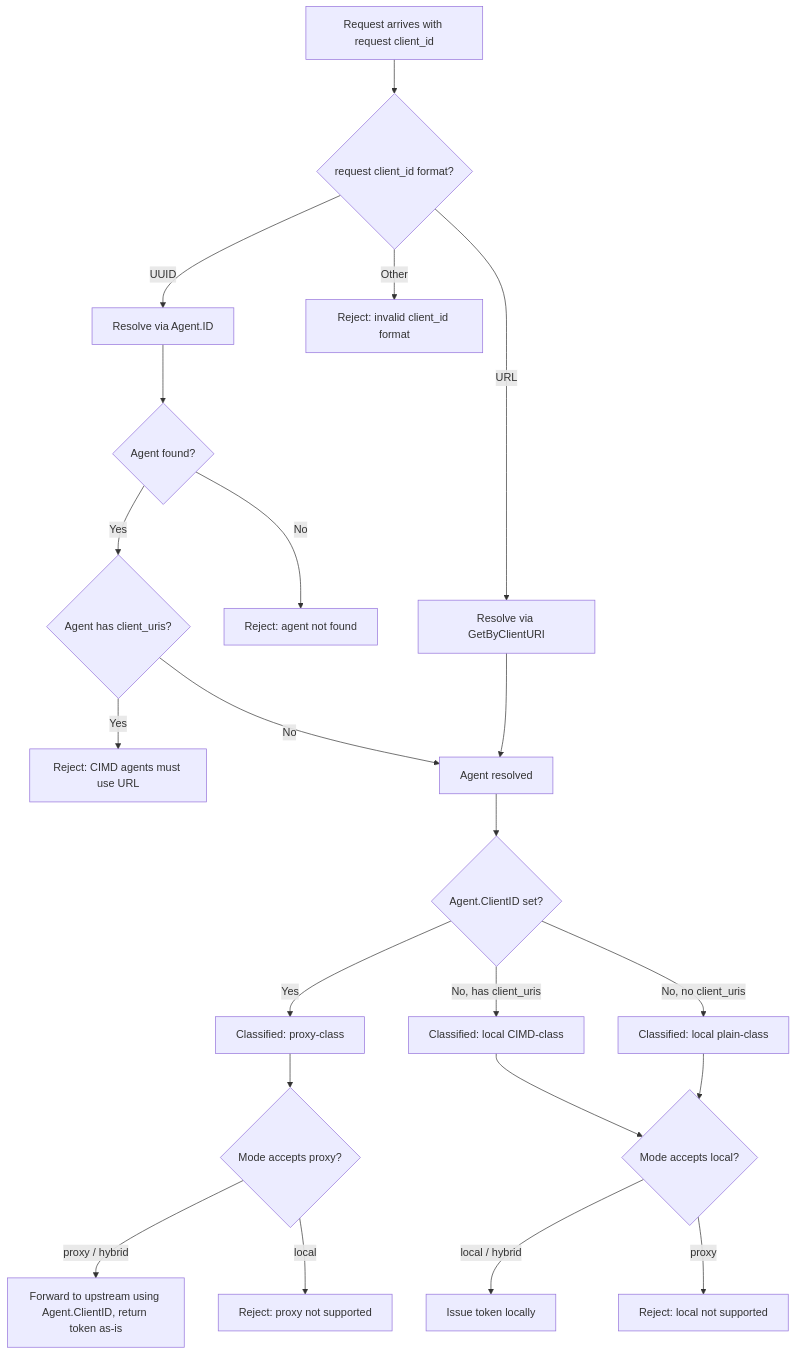
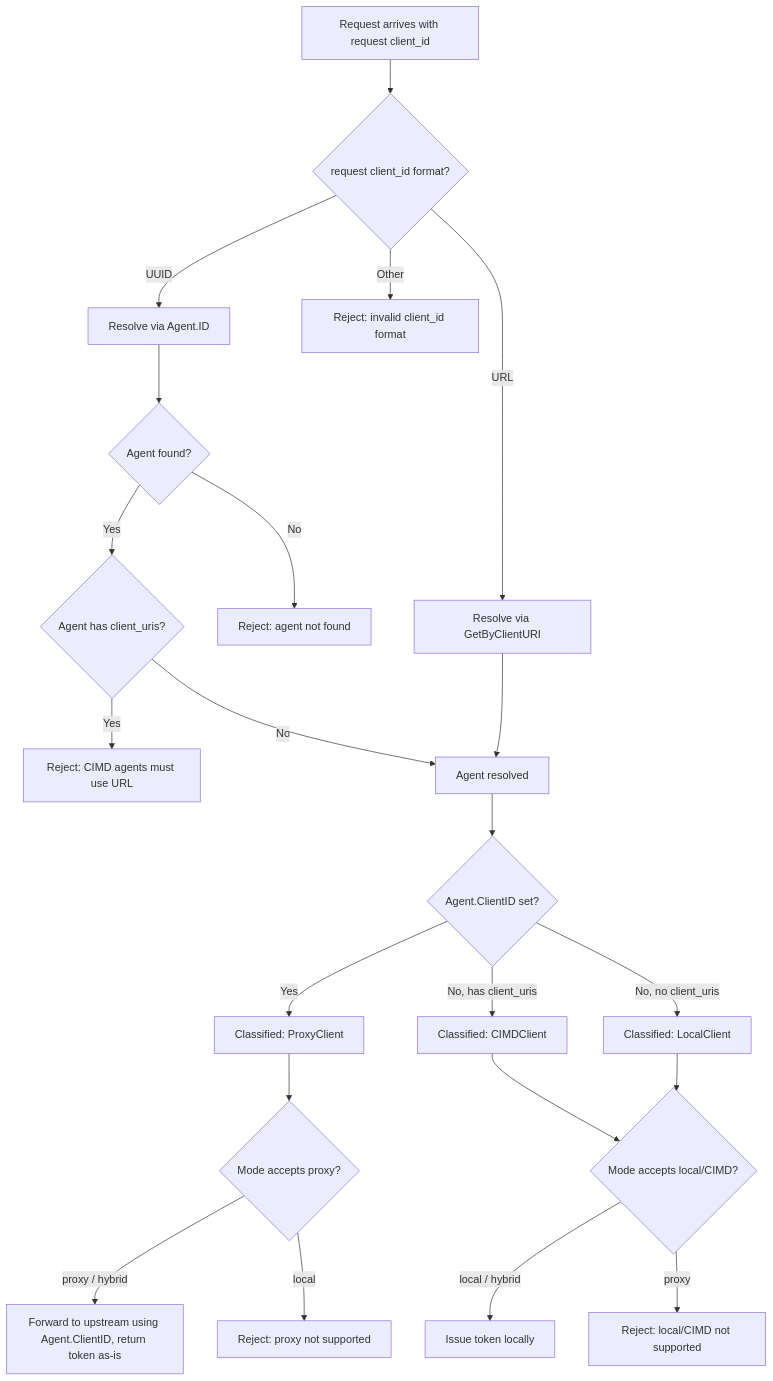
The second of 2 diagrams in specs/030-hybrid-oauth-modes/spec.md (axsaucedo/agentic-identity-broker), drawn with Mermaid before and after one commit. The commit also changed other lines of this file and 7 other files, not shown here.

Commit message:
spec(hybrid): update agent classification terminology to use ClientMode types and clarify mode behaviors

````diff
--- a/specs/030-hybrid-oauth-modes/spec.md
+++ b/specs/030-hybrid-oauth-modes/spec.md
@@ -168,24 +168,24 @@
 ```mermaid
 flowchart TD
     A["Request arrives with request client_id"] --> B{"request client_id format?"}
     B -->|URL| C["Resolve via GetByClientURI"]
     B -->|UUID| D["Resolve via Agent.ID"]
     B -->|Other| X["Reject: invalid client_id format"]
     D --> D1{"Agent found?"}
     D1 -->|No| Y["Reject: agent not found"]
     D1 -->|Yes| D2{"Agent has client_uris?"}
     D2 -->|Yes| D3["Reject: CIMD agents must use URL"]
     D2 -->|No| F["Agent resolved"]
     C --> F
     F --> G{"Agent.ClientID set?"}
-    G -->|Yes| H["Classified: proxy-class"]
-    G -->|No, has client_uris| I["Classified: local CIMD-class"]
-    G -->|No, no client_uris| J["Classified: local plain-class"]
+    G -->|Yes| H["Classified: ProxyClient"]
+    G -->|No, has client_uris| I["Classified: CIMDClient"]
+    G -->|No, no client_uris| J["Classified: LocalClient"]
     H --> K{"Mode accepts proxy?"}
-    I --> L{"Mode accepts local?"}
+    I --> L{"Mode accepts local/CIMD?"}
     J --> L
     K -->|"proxy / hybrid"| M["Forward to upstream using Agent.ClientID, return token as-is"]
     K -->|"local"| N["Reject: proxy not supported"]
     L -->|"local / hybrid"| O["Issue token locally"]
-    L -->|"proxy"| P["Reject: local not supported"]
+    L -->|"proxy"| P["Reject: local/CIMD not supported"]
 ```
````
